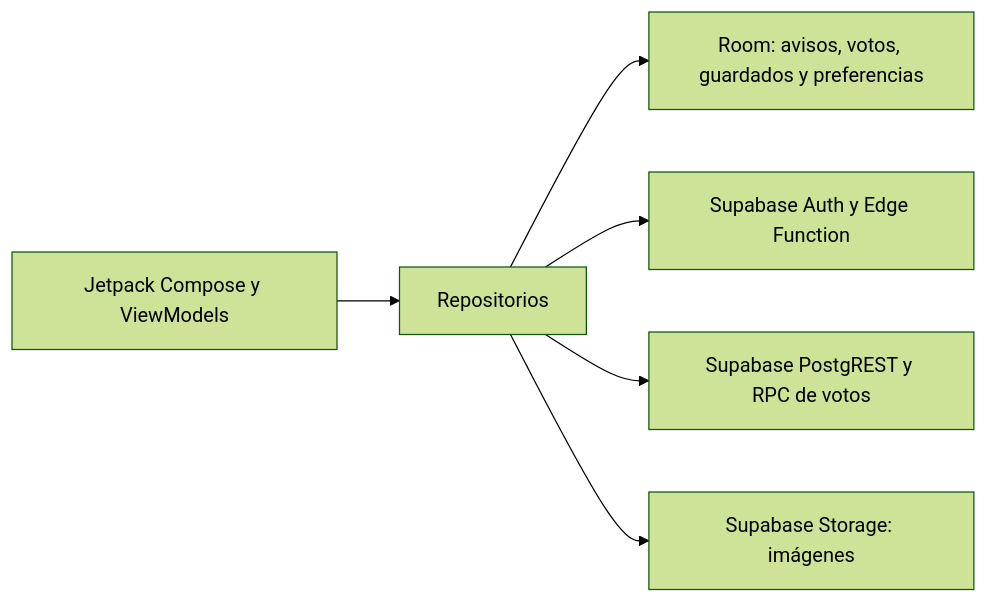
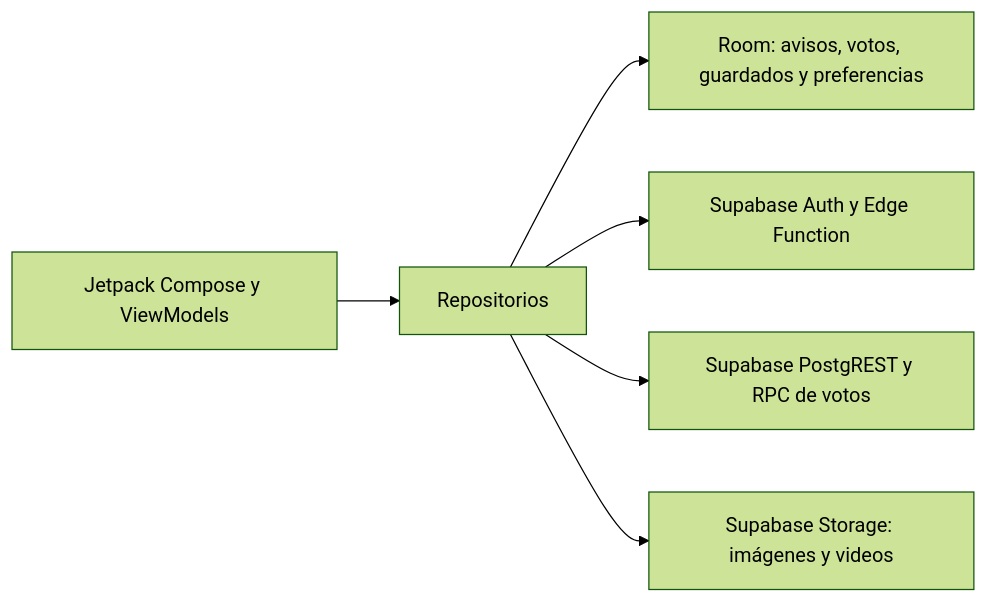
The diagram in README.md (Xmarcelo05/U-DICE), drawn with Mermaid (forest theme) before and after one commit. The commit also changed other lines of this file and 19 other files, not shown here.

````diff
--- a/README.md
+++ b/README.md
@@ -11,8 +11,8 @@
 ```mermaid
 flowchart LR
     UI["Jetpack Compose y ViewModels"] --> R["Repositorios"]
     R --> Room["Room: avisos, votos, guardados y preferencias"]
     R --> Auth["Supabase Auth y Edge Function"]
     R --> API["Supabase PostgREST y RPC de votos"]
-    R --> Storage["Supabase Storage: imágenes"]
+    R --> Storage["Supabase Storage: imágenes y videos"]
 ```
````
